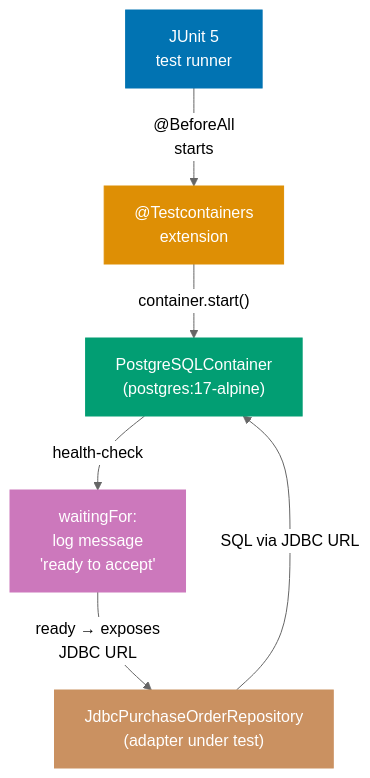
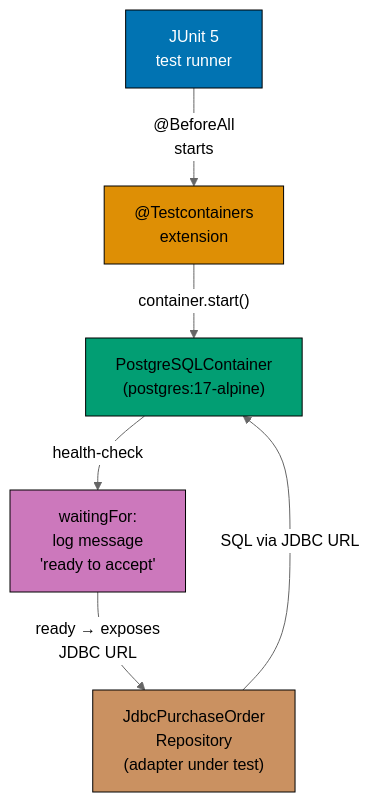
The first of 5 diagrams in apps/ayokoding-www/content/en/learn/legacy/software-engineering/software-architecture/by-example/cases/in-oop/advanced.md (wahidyankf/ose-public), drawn with Mermaid (neutral theme) before and after one commit. The commit also changed other lines of this file and 78 other files, not shown here.

First line of the commit message:
fix(mermaid): bring the remaining legacy software-engineering diagrams onto the accessible palette

````diff
--- a/apps/ayokoding-www/content/en/learn/legacy/software-engineering/software-architecture/by-example/cases/in-oop/advanced.md
+++ b/apps/ayokoding-www/content/en/learn/legacy/software-engineering/software-architecture/by-example/cases/in-oop/advanced.md
@@ -188,19 +188,22 @@
 ```mermaid
 flowchart TD
-    jvm["JUnit 5\ntest runner"]:::blue
-    tc["@Testcontainers\nextension"]:::orange
-    pg["PostgreSQLContainer\n(postgres:17-alpine)"]:::teal
-    probe["waitingFor:\nlog message\n'ready to accept'"]:::purple
-    adapter["JdbcPurchaseOrderRepository\n(adapter under test)"]:::brown
-    jvm -->|"@BeforeAll\nstarts"| tc
+    accTitle: Production Framework
+    accDescr: Flowchart with 5 nodes and 5 connections. Nodes: JUnit 5 test runner, @Testcontainers extension, PostgreSQLContainer (postgres:17-alpine), waitingFor: log message ready to accept, JdbcPurchaseOrder Repository (adapter under test). Connections: JUnit 5 test runner to @Testcontainers extension (@BeforeAll starts), @Testcontainers extension to PostgreSQLContainer (postgres:17-alpine) (container.start()), PostgreSQLContainer (postgres:17-alpine) to waitingFor: log message ready to accept (health-check), waitingFor: log message ready to accept to JdbcPurchaseOrder Repository (adapter under test) (ready → exposes JDBC URL), JdbcPurchaseOrder Repository (adapter under test) to PostgreSQLContainer (postgres:17-alpine) (SQL via JDBC URL).
+    jvm["JUnit 5<br/>test runner"]:::blue
+    tc["@Testcontainers<br/>extension"]:::orange
+    pg["PostgreSQLContainer<br/>(postgres:17-alpine)"]:::teal
+    probe["waitingFor:<br/>log message<br/>'ready to accept'"]:::purple
+    adapter["JdbcPurchaseOrder<br/>Repository<br/>(adapter under test)"]:::brown
+    jvm -->|"@BeforeAll<br/>starts"| tc
     tc -->|"container.start()"| pg
     pg -->|"health-check"| probe
-    probe -->|"ready → exposes\nJDBC URL"| adapter
+    probe -->|"ready → exposes<br/>JDBC URL"| adapter
     adapter -->|"SQL via JDBC URL"| pg
 
-    classDef blue fill:#0173B2,color:#fff,stroke:#0173B2
-    classDef orange fill:#DE8F05,color:#fff,stroke:#DE8F05
-    classDef teal fill:#029E73,color:#fff,stroke:#029E73
-    classDef purple fill:#CC78BC,color:#fff,stroke:#CC78BC
-    classDef brown fill:#CA9161,color:#fff,stroke:#CA9161
+    classDef blue fill:#0173B2,color:#FFFFFF,stroke:#000000
+    classDef orange fill:#DE8F05,color:#000000,stroke:#000000
+    classDef teal fill:#029E73,color:#000000,stroke:#000000
+    classDef purple fill:#CC78BC,color:#000000,stroke:#000000
+    classDef brown fill:#CA9161,color:#000000,stroke:#000000
+    classDef default fill:#FFFFFF,stroke:#000000,color:#000000
 ```
````
